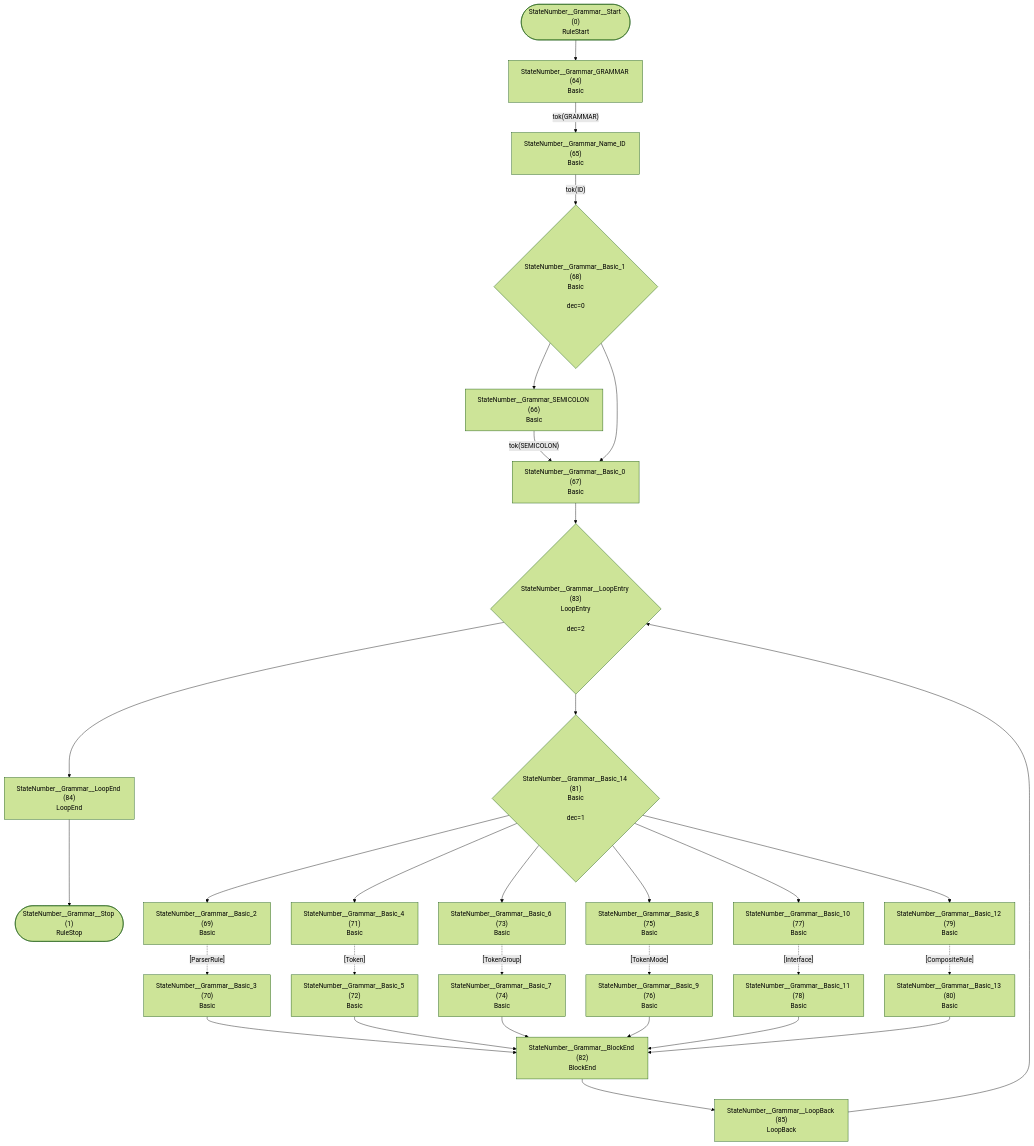
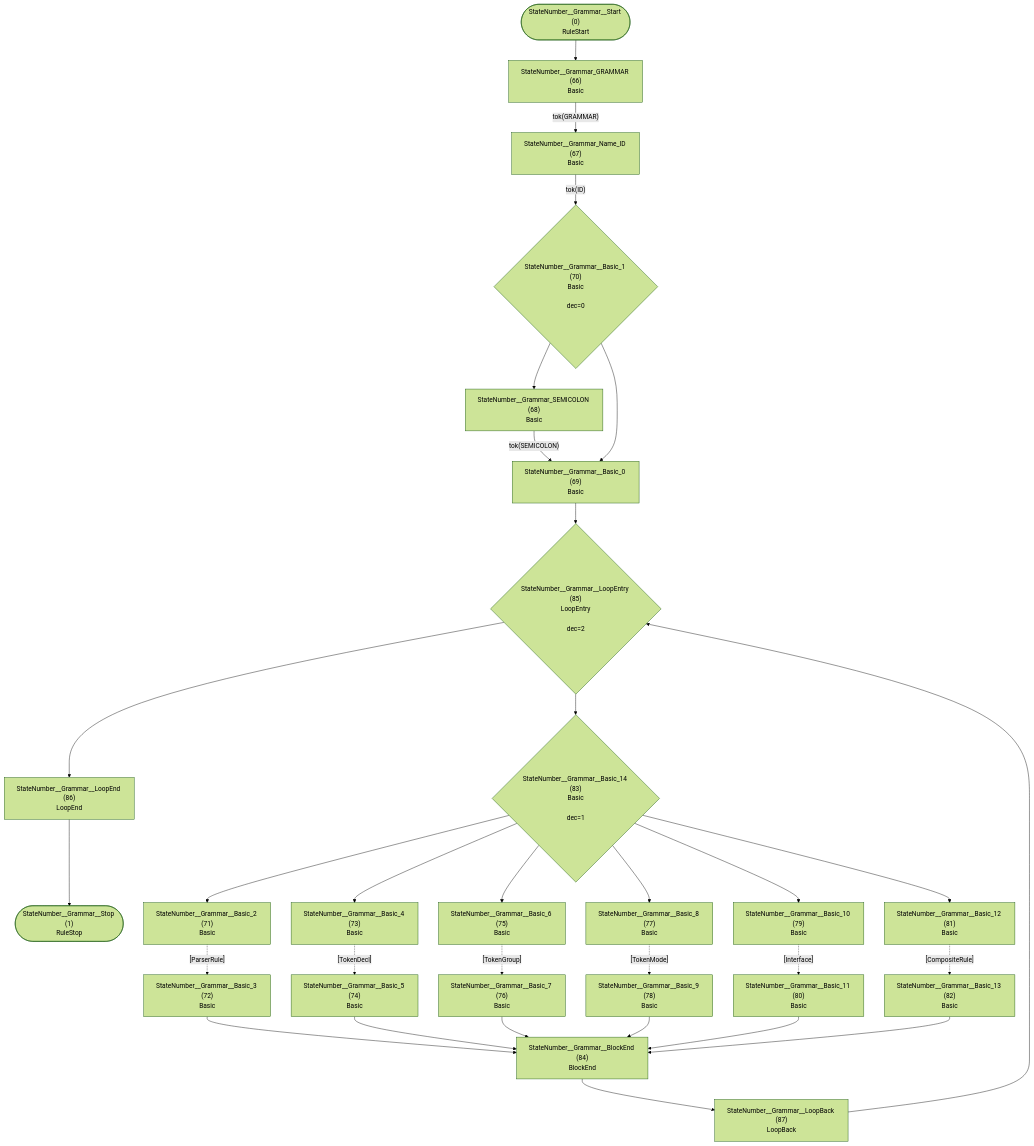
One commit to TypeFox/fastbelt changed the first of 33 diagrams in internal/grammar/atn.md. Above: the diagram before and after it, drawn with Mermaid (forest theme). The commit also changed other lines of this file and 6 other files, not shown here.

````diff
--- a/internal/grammar/atn.md
+++ b/internal/grammar/atn.md
@@ -5,58 +5,58 @@
 ```mermaid
 flowchart TD
     q0(["StateNumber__Grammar__Start (0)<br/>RuleStart"])
     q1(["StateNumber__Grammar__Stop (1)<br/>RuleStop"])
-    q64["StateNumber__Grammar_GRAMMAR (64)<br/>Basic<br/>"]
-    q65["StateNumber__Grammar_Name_ID (65)<br/>Basic<br/>"]
-    q66["StateNumber__Grammar_SEMICOLON (66)<br/>Basic<br/>"]
-    q67["StateNumber__Grammar__Basic_0 (67)<br/>Basic<br/>"]
-    q68{"StateNumber__Grammar__Basic_1 (68)<br/>Basic<br/><br/>dec=0"}
-    q69["StateNumber__Grammar__Basic_2 (69)<br/>Basic<br/>"]
-    q70["StateNumber__Grammar__Basic_3 (70)<br/>Basic<br/>"]
-    q71["StateNumber__Grammar__Basic_4 (71)<br/>Basic<br/>"]
-    q72["StateNumber__Grammar__Basic_5 (72)<br/>Basic<br/>"]
-    q73["StateNumber__Grammar__Basic_6 (73)<br/>Basic<br/>"]
-    q74["StateNumber__Grammar__Basic_7 (74)<br/>Basic<br/>"]
-    q75["StateNumber__Grammar__Basic_8 (75)<br/>Basic<br/>"]
-    q76["StateNumber__Grammar__Basic_9 (76)<br/>Basic<br/>"]
-    q77["StateNumber__Grammar__Basic_10 (77)<br/>Basic<br/>"]
-    q78["StateNumber__Grammar__Basic_11 (78)<br/>Basic<br/>"]
-    q79["StateNumber__Grammar__Basic_12 (79)<br/>Basic<br/>"]
-    q80["StateNumber__Grammar__Basic_13 (80)<br/>Basic<br/>"]
-    q81{"StateNumber__Grammar__Basic_14 (81)<br/>Basic<br/><br/>dec=1"}
-    q82["StateNumber__Grammar__BlockEnd (82)<br/>BlockEnd<br/>"]
-    q83{"StateNumber__Grammar__LoopEntry (83)<br/>LoopEntry<br/><br/>dec=2"}
-    q84["StateNumber__Grammar__LoopEnd (84)<br/>LoopEnd<br/>"]
-    q85["StateNumber__Grammar__LoopBack (85)<br/>LoopBack<br/>"]
+    q66["StateNumber__Grammar_GRAMMAR (66)<br/>Basic<br/>"]
+    q67["StateNumber__Grammar_Name_ID (67)<br/>Basic<br/>"]
+    q68["StateNumber__Grammar_SEMICOLON (68)<br/>Basic<br/>"]
+    q69["StateNumber__Grammar__Basic_0 (69)<br/>Basic<br/>"]
+    q70{"StateNumber__Grammar__Basic_1 (70)<br/>Basic<br/><br/>dec=0"}
+    q71["StateNumber__Grammar__Basic_2 (71)<br/>Basic<br/>"]
+    q72["StateNumber__Grammar__Basic_3 (72)<br/>Basic<br/>"]
+    q73["StateNumber__Grammar__Basic_4 (73)<br/>Basic<br/>"]
+    q74["StateNumber__Grammar__Basic_5 (74)<br/>Basic<br/>"]
+    q75["StateNumber__Grammar__Basic_6 (75)<br/>Basic<br/>"]
+    q76["StateNumber__Grammar__Basic_7 (76)<br/>Basic<br/>"]
+    q77["StateNumber__Grammar__Basic_8 (77)<br/>Basic<br/>"]
+    q78["StateNumber__Grammar__Basic_9 (78)<br/>Basic<br/>"]
+    q79["StateNumber__Grammar__Basic_10 (79)<br/>Basic<br/>"]
+    q80["StateNumber__Grammar__Basic_11 (80)<br/>Basic<br/>"]
+    q81["StateNumber__Grammar__Basic_12 (81)<br/>Basic<br/>"]
+    q82["StateNumber__Grammar__Basic_13 (82)<br/>Basic<br/>"]
+    q83{"StateNumber__Grammar__Basic_14 (83)<br/>Basic<br/><br/>dec=1"}
+    q84["StateNumber__Grammar__BlockEnd (84)<br/>BlockEnd<br/>"]
+    q85{"StateNumber__Grammar__LoopEntry (85)<br/>LoopEntry<br/><br/>dec=2"}
+    q86["StateNumber__Grammar__LoopEnd (86)<br/>LoopEnd<br/>"]
+    q87["StateNumber__Grammar__LoopBack (87)<br/>LoopBack<br/>"]
 
-    q0 --> q64
-    q64 -->|"tok(GRAMMAR)"| q65
-    q65 -->|"tok(ID)"| q68
-    q66 -->|"tok(SEMICOLON)"| q67
-    q67 --> q83
-    q68 --> q66
-    q68 --> q67
-    q69 -.->|"[ParserRule]"| q70
-    q70 --> q82
-    q71 -.->|"[Token]"| q72
-    q72 --> q82
-    q73 -.->|"[TokenGroup]"| q74
-    q74 --> q82
-    q75 -.->|"[TokenMode]"| q76
-    q76 --> q82
-    q77 -.->|"[Interface]"| q78
-    q78 --> q82
-    q79 -.->|"[CompositeRule]"| q80
-    q80 --> q82
-    q81 --> q69
-    q81 --> q71
-    q81 --> q73
-    q81 --> q75
-    q81 --> q77
-    q81 --> q79
-    q82 --> q85
+    q0 --> q66
+    q66 -->|"tok(GRAMMAR)"| q67
+    q67 -->|"tok(ID)"| q70
+    q68 -->|"tok(SEMICOLON)"| q69
+    q69 --> q85
+    q70 --> q68
+    q70 --> q69
+    q71 -.->|"[ParserRule]"| q72
+    q72 --> q84
+    q73 -.->|"[TokenDecl]"| q74
+    q74 --> q84
+    q75 -.->|"[TokenGroup]"| q76
+    q76 --> q84
+    q77 -.->|"[TokenMode]"| q78
+    q78 --> q84
+    q79 -.->|"[Interface]"| q80
+    q80 --> q84
+    q81 -.->|"[CompositeRule]"| q82
+    q82 --> q84
+    q83 --> q71
+    q83 --> q73
+    q83 --> q75
+    q83 --> q77
+    q83 --> q79
     q83 --> q81
-    q83 --> q84
-    q84 --> q1
+    q84 --> q87
     q85 --> q83
+    q85 --> q86
+    q86 --> q1
+    q87 --> q85
 ```
````
